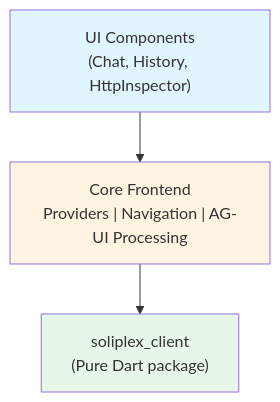
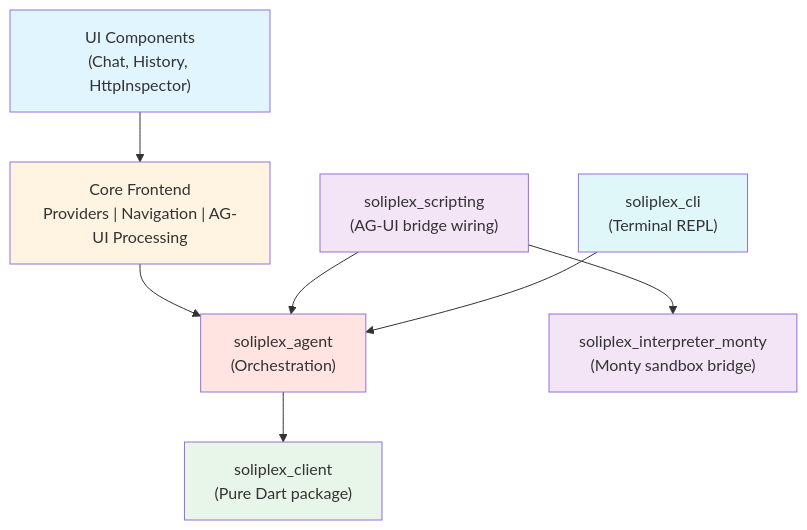
Before and after one commit to soliplex/flutter: the diagram in docs/index.md, drawn with Mermaid. The commit also changed other lines of this file and 1 other file, not shown here.

Commit message:
docs(audit): fix top-level CLAUDE.md and docs/index.md
Add 4 missing packages (soliplex_agent, soliplex_cli,
soliplex_interpreter_monty, soliplex_scripting) to project structure,
packages table, and architecture diagram. Update architecture from
three-layer to four-layer. Add debug feature to features/ list.
Expand pure Dart rule to include new packages. Add links to design
docs, planning docs, PLANS/, and new package READMEs.

Addresses Task 1 from PLANS/0010-documentation-audit/FINDINGS.md.

````diff
--- a/docs/index.md
+++ b/docs/index.md
@@ -48,13 +52,25 @@
 ```mermaid
 flowchart TD
     A["UI Components<br/>(Chat, History, HttpInspector)"]
     B["Core Frontend<br/>Providers | Navigation | AG-UI Processing"]
-    C["soliplex_client<br/>(Pure Dart package)"]
+    C["soliplex_agent<br/>(Orchestration)"]
+    D["soliplex_client<br/>(Pure Dart package)"]
+    E["soliplex_scripting<br/>(AG-UI bridge wiring)"]
+    F["soliplex_interpreter_monty<br/>(Monty sandbox bridge)"]
+    G["soliplex_cli<br/>(Terminal REPL)"]
 
     A --> B
     B --> C
+    C --> D
+    E --> C
+    E --> F
+    G --> C
 
     style A fill:#e1f5ff
     style B fill:#fff4e1
-    style C fill:#e8f5e9
+    style C fill:#ffe4e1
+    style D fill:#e8f5e9
+    style E fill:#f3e5f5
+    style F fill:#f3e5f5
+    style G fill:#e0f7fa
 ```
````
